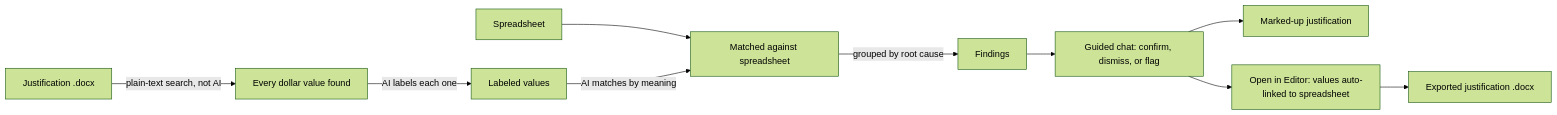
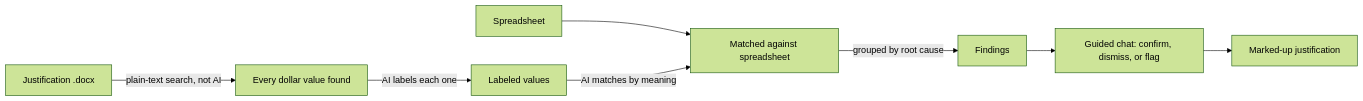
Before and after one commit to nathanwiggins/justintime: the first of 2 diagrams in README.md, drawn with Mermaid (forest theme). The commit also changed other lines of this file and 10 other files, not shown here.

````diff
--- a/README.md
+++ b/README.md
@@ -58,12 +61,10 @@
 ```mermaid
 flowchart LR
     J[Justification .docx] -->|plain-text search, not AI| V[Every dollar value found]
     V -->|AI labels each one| L[Labeled values]
     S[Spreadsheet] --> M
     L -->|AI matches by meaning| M[Matched against spreadsheet]
     M -->|grouped by root cause| F[Findings]
     F --> C[Guided chat: confirm, dismiss, or flag]
     C --> R[Marked-up justification]
-    C --> E[Open in Editor: values auto-linked to spreadsheet]
-    E --> D[Exported justification .docx]
 ```
````
